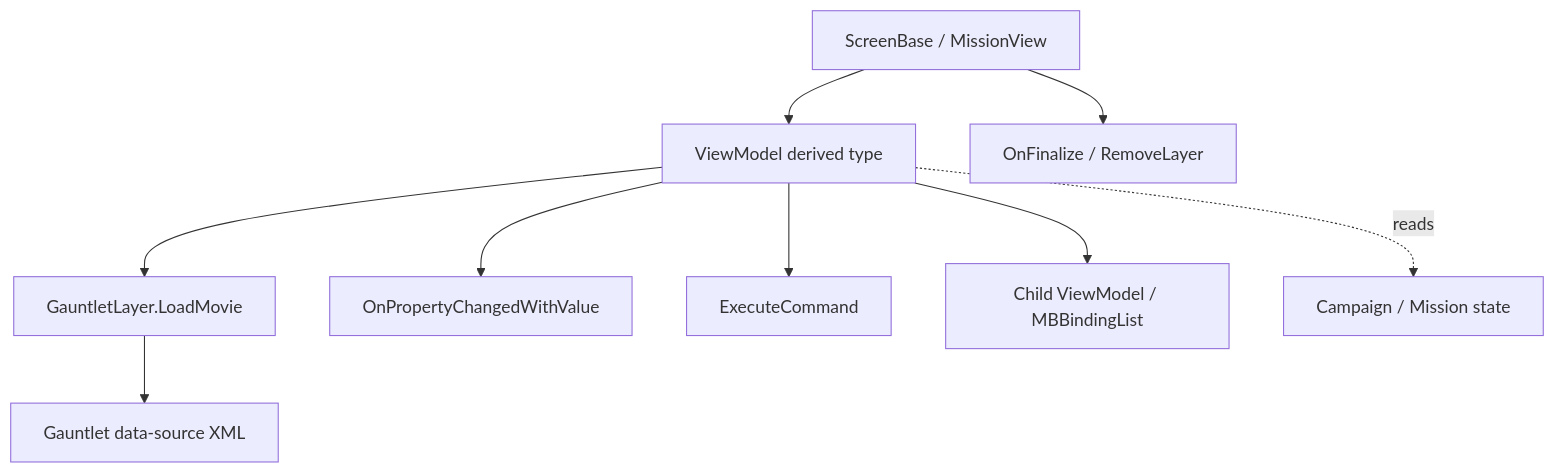
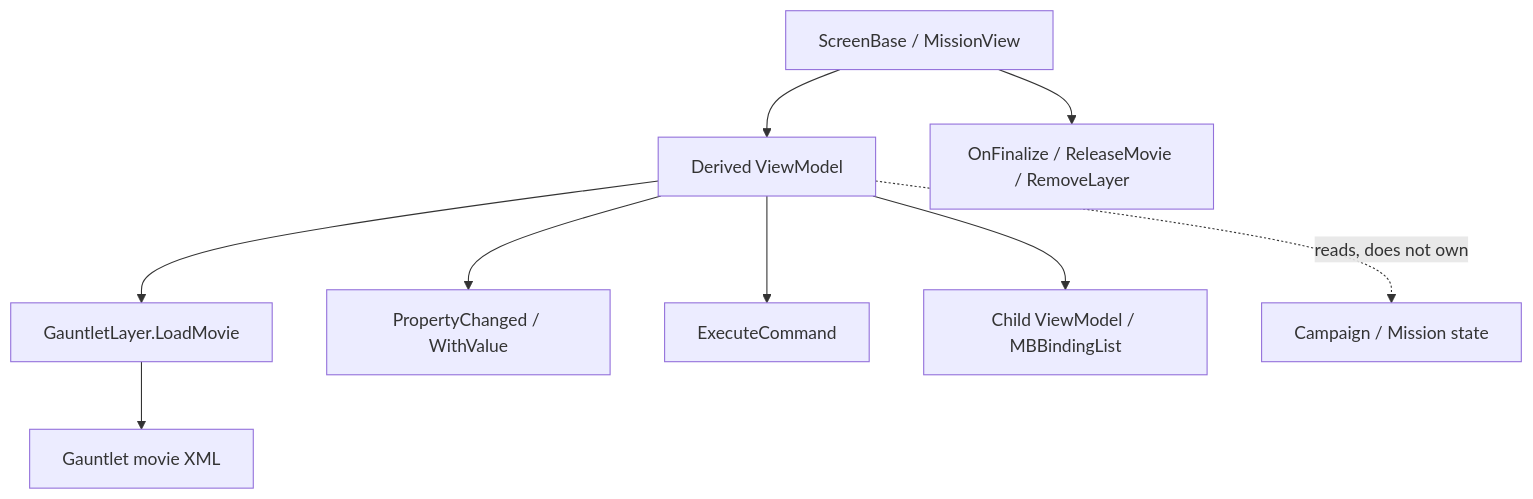
Before and after one commit to BannerlordCode/BannerlordCode.github.io: the diagram in content/v1.3.15/en/api/core-extra/ViewModel.md, drawn with Mermaid. The commit also changed other lines of this file and 71 other files, not shown here.

````diff
--- a/content/v1.3.15/en/api/core-extra/ViewModel.md
+++ b/content/v1.3.15/en/api/core-extra/ViewModel.md
@@ -37,11 +46,11 @@
 ```mermaid
 graph TD
-    SCREEN[ScreenBase / MissionView] --> VM[ViewModel derived type]
-    VM --> BIND[GauntletLayer.LoadMovie]
-    BIND --> XML[Gauntlet data-source XML]
-    VM --> PROP[OnPropertyChangedWithValue]
-    VM --> CMD[ExecuteCommand]
+    SCREEN[ScreenBase / MissionView] --> VM[Derived ViewModel]
+    VM --> LOAD[GauntletLayer.LoadMovie]
+    LOAD --> XML[Gauntlet movie XML]
+    VM --> NOTIFY[PropertyChanged / WithValue]
+    VM --> COMMAND[ExecuteCommand]
     VM --> CHILD[Child ViewModel / MBBindingList]
-    SCREEN --> FINAL[OnFinalize / RemoveLayer]
-    VM -. reads .-> CAMP[Campaign / Mission state]
+    SCREEN --> FINISH[OnFinalize / ReleaseMovie / RemoveLayer]
+    VM -. reads, does not own .-> WORLD[Campaign / Mission state]
 ```
````
